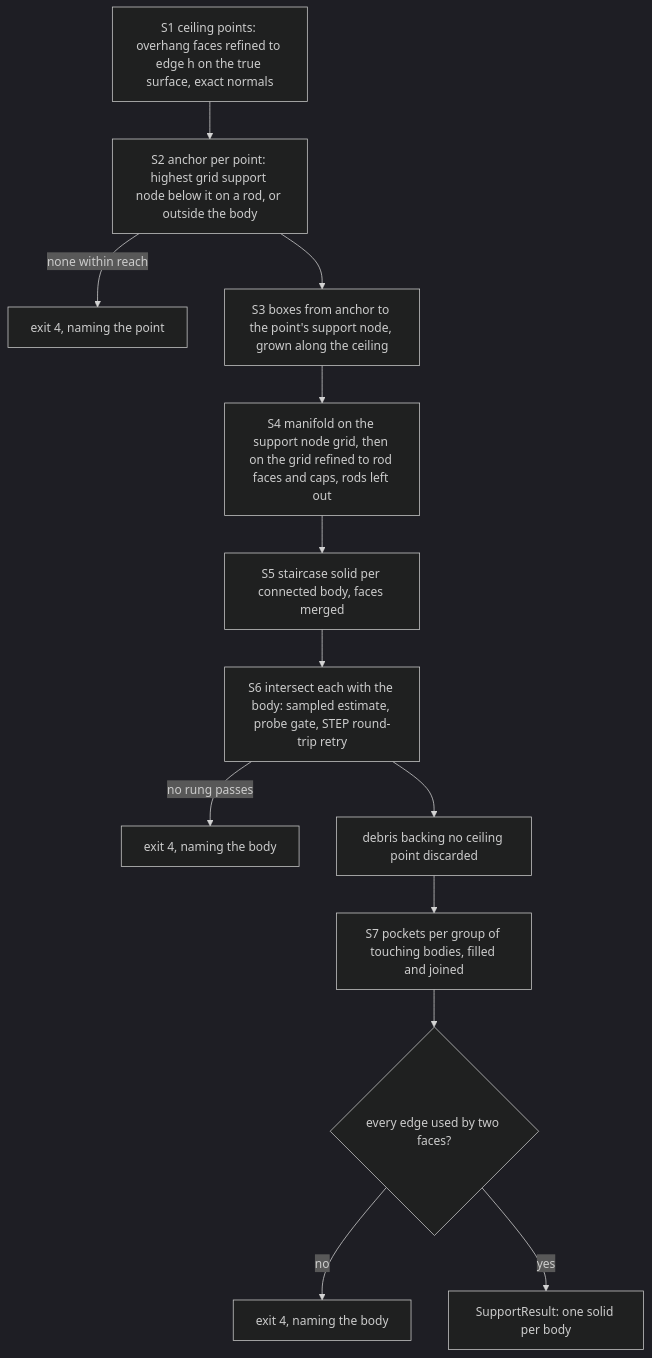
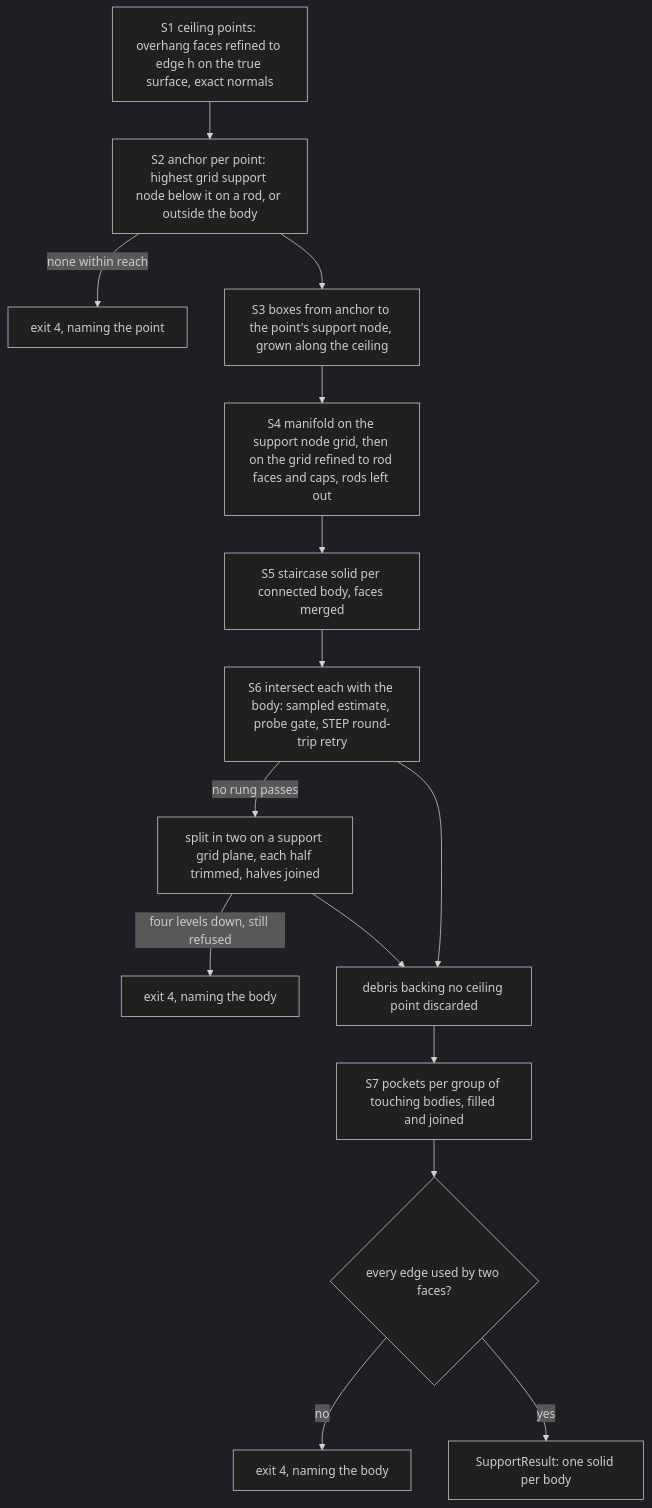
One commit to arnego/latticegen2 changed the third of 3 diagrams in docs/algorithm.md. Above: the diagram before and after it, drawn with Mermaid (dark theme). The commit also changed other lines of this file and 4 other files, not shown here.

First line of the commit message:
Split support bodies no trim passes, and time the support stage

````diff
--- a/docs/algorithm.md
+++ b/docs/algorithm.md
@@ -2520,15 +2520,17 @@
 ```mermaid
 flowchart TD
     A[S1 ceiling points: overhang faces refined to edge h on the true surface, exact normals] --> B[S2 anchor per point: highest grid support node below it on a rod, or outside the body]
     B -->|none within reach| F1[exit 4, naming the point]
     B --> C[S3 boxes from anchor to the point's support node, grown along the ceiling]
     C --> D[S4 manifold on the support node grid, then on the grid refined to rod faces and caps, rods left out]
     D --> E[S5 staircase solid per connected body, faces merged]
     E --> G[S6 intersect each with the body: sampled estimate, probe gate, STEP round-trip retry]
-    G -->|no rung passes| F2[exit 4, naming the body]
+    G -->|no rung passes| SP[split in two on a support grid plane, each half trimmed, halves joined]
+    SP -->|four levels down, still refused| F2[exit 4, naming the body]
+    SP --> H
     G --> H[debris backing no ceiling point discarded]
     H --> P[S7 pockets per group of touching bodies, filled and joined]
     P --> M{every edge used by two faces?}
     M -->|no| F3[exit 4, naming the body]
     M -->|yes| Q[SupportResult: one solid per body]
 ```
````
